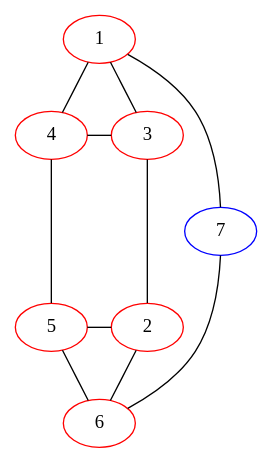
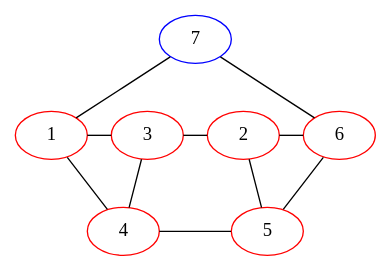
The diagram in sprouts/start_2_nodes/111221.dot (bilboquet/gamelib), drawn with Graphviz before and after one commit. The commit also changed 13 other files, not shown here.

```diff
--- a/sprouts/start_2_nodes/111221.dot
+++ b/sprouts/start_2_nodes/111221.dot
@@ -1,35 +1,33 @@
 graph {
-  1 -- 4 [weight=3];
-  1 -- 3 [weight=2];
-  4 -- 3;
+  7 -- 1;
+  7 -- 6;
+  7 -- 3 [style="invis"];
+  7 -- 2 [style="invis"];
+  1 -- 3;
   3 -- 2;
-  4 -- 5 -- 2;
-
+  2 -- 6;
+  1 -- 4;
+  3 -- 4;
+  2 -- 5;
+  6 -- 5;
+  4 -- 5 [minlen=3];
   {
     rank="same";
+    1;
     3;
-    4;
-
+    2;
+    6;
   }
-
-
   {
     rank="same";
-    2;
+    4;
     5;
-
   }
-
-  5 -- 6 [weight=3];
-  6 -- 2 [weight=2];
-  1 -- 7 [minlen=2];
-  7 -- 6 [minlen=2];
   1 [color="red"];
   2 [color="red"];
   3 [color="red"];
   4 [color="red"];
   5 [color="red"];
   6 [color="red"];
   7 [color="blue"];
-
 }
```
